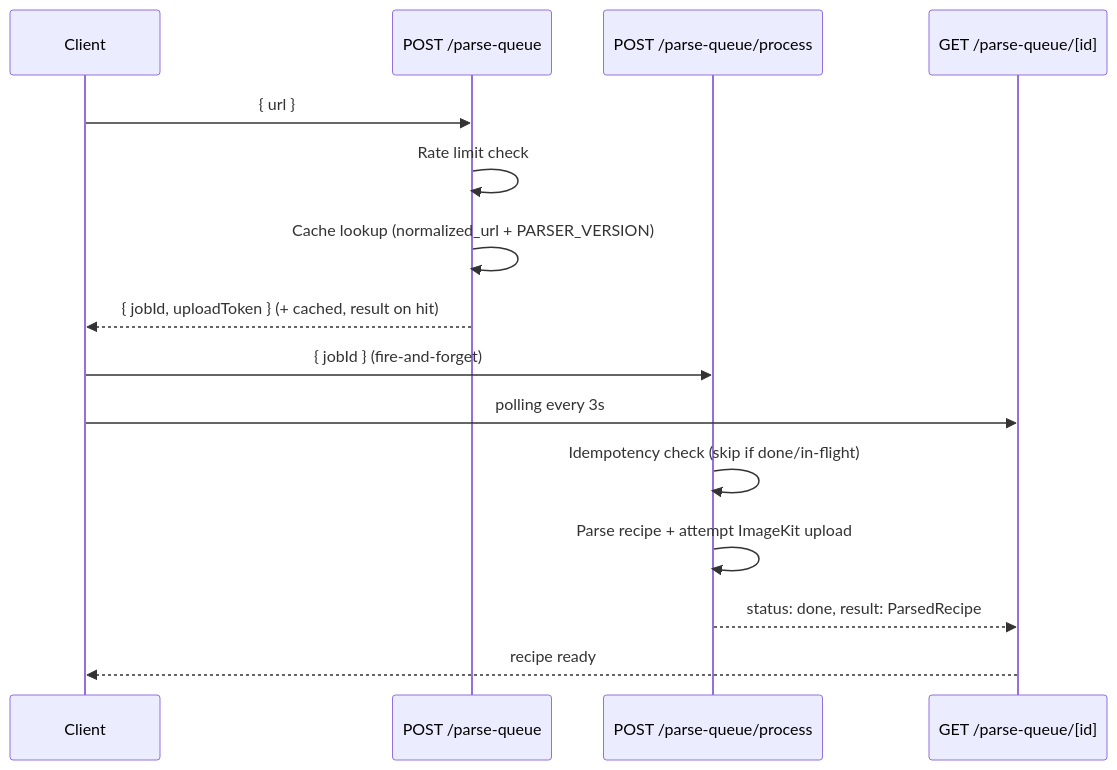
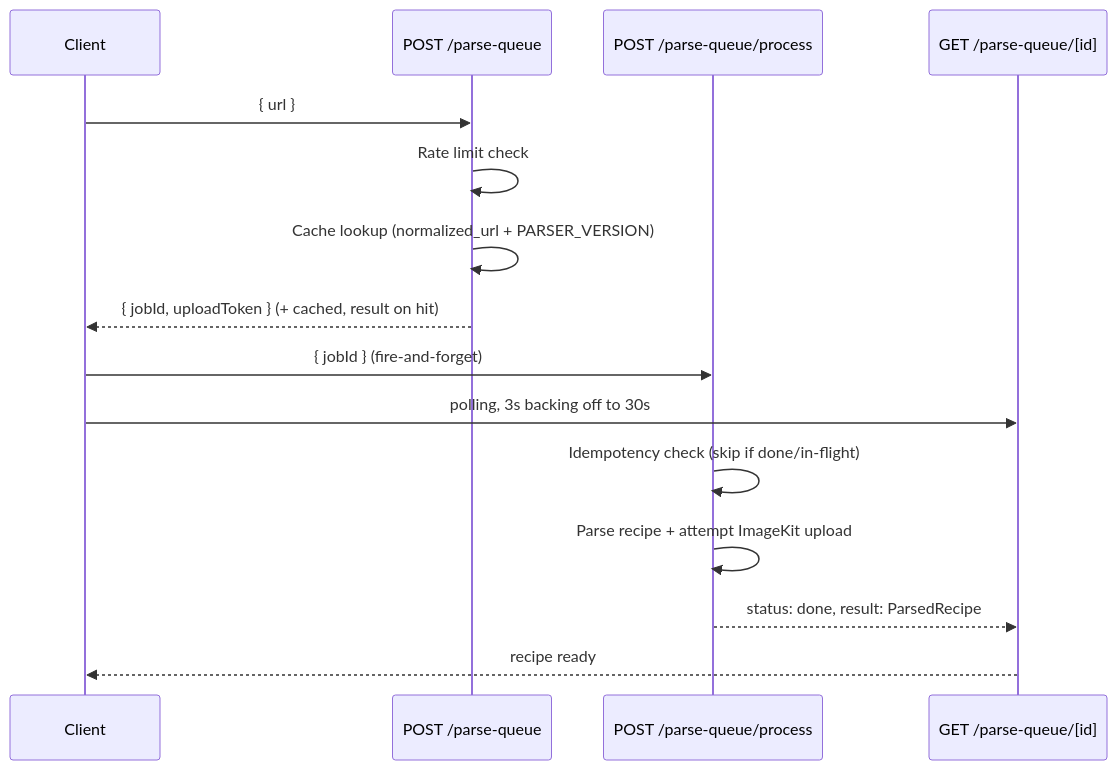
The sixth of 7 diagrams in docs/explanation/parse-pipeline.md (Sailarn/RecipAI), drawn with Mermaid before and after one commit. The commit also changed other lines of this file and 2 other files, not shown here.

Commit message:
perf(parse): back off job polling and give up on stuck jobs
The watcher polled every 3s for the lifetime of the tab, with no backoff and
no ceiling — a job stuck in "processing" polled forever, and each poll is a
server round-trip plus (through the proxy) a maintenance-config read.

Grow the gap by 1.5x after each processing response, capped at 30s; the first
retry stays at 3s so a normal parse is no slower to land. After 15 minutes of
"processing" the watcher claims the completion, drops the job id, writes a
failed parse-history entry and toasts, so a stuck parse leaves a record
instead of polling indefinitely.

Network errors are exempt from both the backoff and the deadline — offline is
a normal state in this app, so they keep retrying at a fixed 5s.

````diff
--- a/docs/explanation/parse-pipeline.md
+++ b/docs/explanation/parse-pipeline.md
@@ -135,18 +135,18 @@
 ```mermaid
 sequenceDiagram
     participant Client
     participant Queue as POST /parse-queue
     participant Process as POST /parse-queue/process
     participant Poll as GET /parse-queue/[id]
 
     Client->>Queue: { url }
     Queue->>Queue: Rate limit check
     Queue->>Queue: Cache lookup (normalized_url + PARSER_VERSION)
     Queue-->>Client: { jobId, uploadToken } (+ cached, result on hit)
     Client->>Process: { jobId } (fire-and-forget)
-    Client->>Poll: polling every 3s
+    Client->>Poll: polling, 3s backing off to 30s
     Process->>Process: Idempotency check (skip if done/in-flight)
     Process->>Process: Parse recipe + attempt ImageKit upload
     Process-->>Poll: status: done, result: ParsedRecipe
     Poll-->>Client: recipe ready
 ```
````
